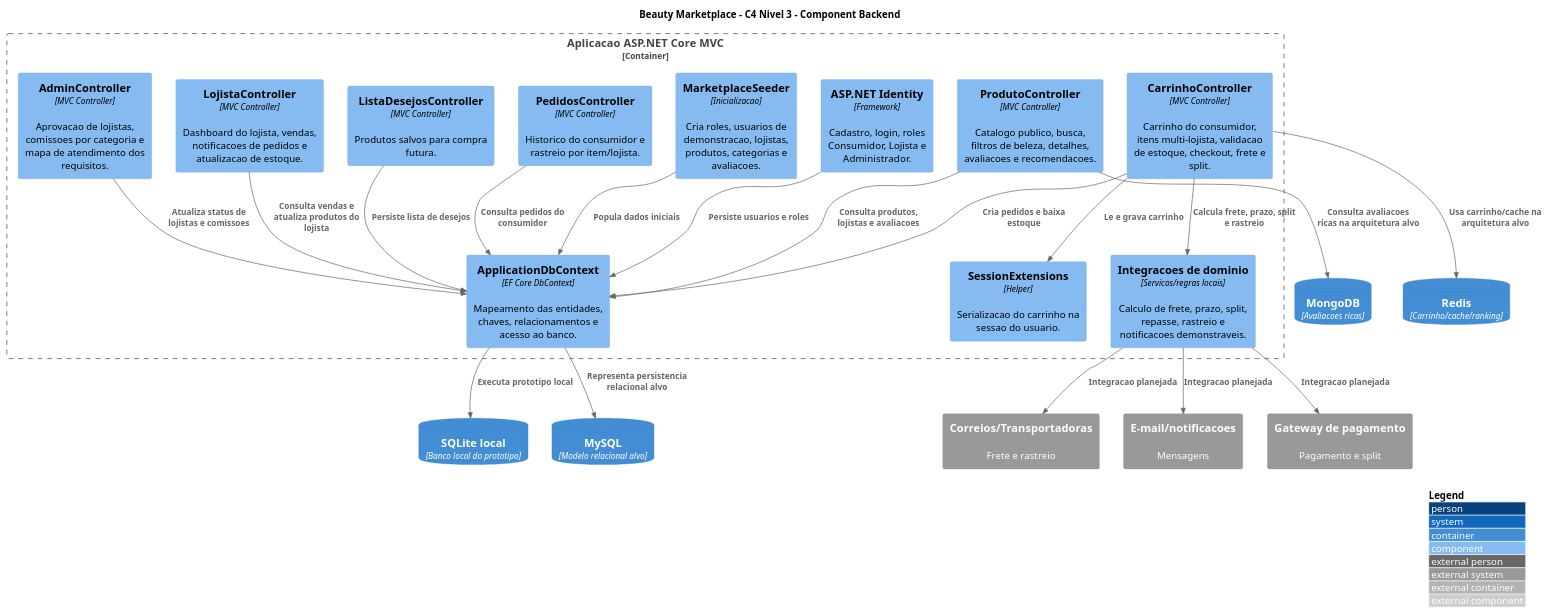
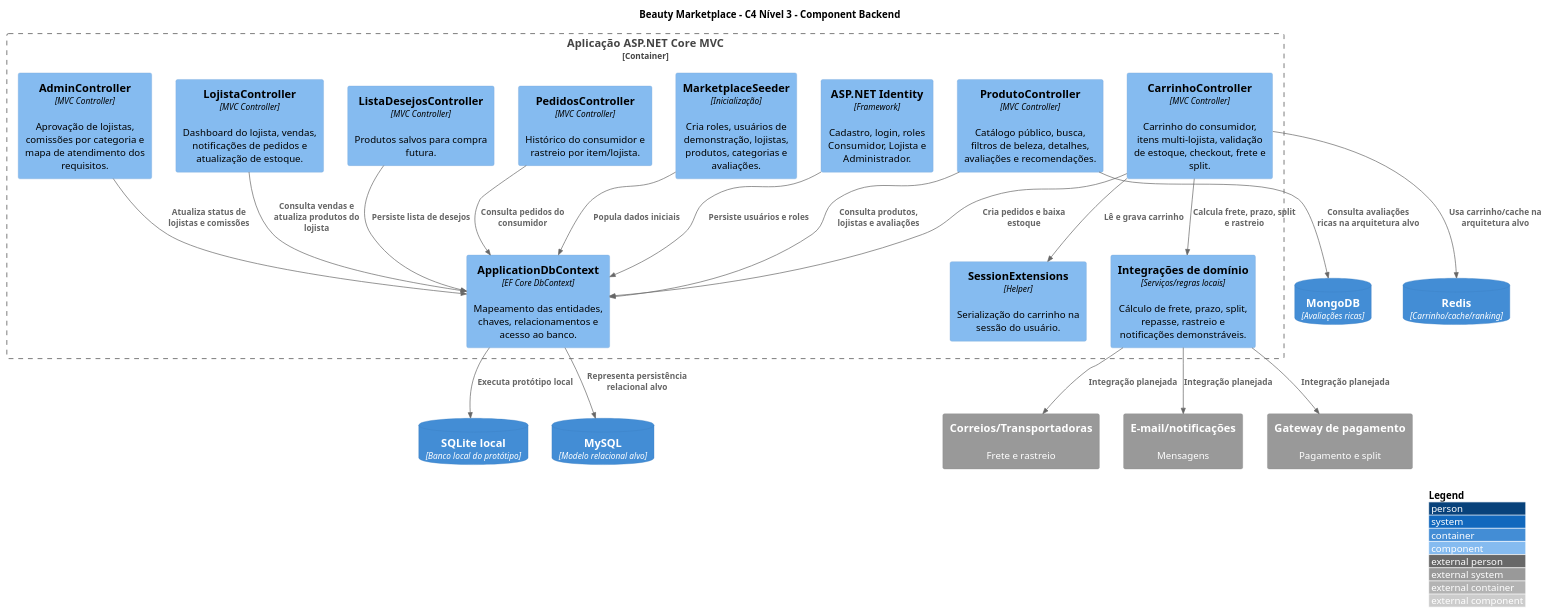
Before and after one commit to EduardoSilvaNegreiros/TrabalhoFaculdade5Semestre2026: the diagram in docs/Entrega 3/diagramas/c3-component-backend.puml, drawn with PlantUML. The commit also changed other lines of this file and 32 other files, not shown here.

```diff
--- a/docs/Entrega 3/diagramas/c3-component-backend.puml
+++ b/docs/Entrega 3/diagramas/c3-component-backend.puml
@@ -1,48 +1,48 @@
 @startuml C3_Component_Backend_Beauty_Marketplace
 !include https://raw.githubusercontent.com/plantuml-stdlib/C4-PlantUML/master/C4_Component.puml
 
 LAYOUT_WITH_LEGEND()
-title Beauty Marketplace - C4 Nivel 3 - Component Backend
+title Beauty Marketplace - C4 Nível 3 - Component Backend
 
-Container_Boundary(app, "Aplicacao ASP.NET Core MVC") {
-    Component(produtoController, "ProdutoController", "MVC Controller", "Catalogo publico, busca, filtros de beleza, detalhes, avaliacoes e recomendacoes.")
-    Component(carrinhoController, "CarrinhoController", "MVC Controller", "Carrinho do consumidor, itens multi-lojista, validacao de estoque, checkout, frete e split.")
-    Component(pedidosController, "PedidosController", "MVC Controller", "Historico do consumidor e rastreio por item/lojista.")
+Container_Boundary(app, "Aplicação ASP.NET Core MVC") {
+    Component(produtoController, "ProdutoController", "MVC Controller", "Catálogo público, busca, filtros de beleza, detalhes, avaliações e recomendações.")
+    Component(carrinhoController, "CarrinhoController", "MVC Controller", "Carrinho do consumidor, itens multi-lojista, validação de estoque, checkout, frete e split.")
+    Component(pedidosController, "PedidosController", "MVC Controller", "Histórico do consumidor e rastreio por item/lojista.")
     Component(listaController, "ListaDesejosController", "MVC Controller", "Produtos salvos para compra futura.")
-    Component(lojistaController, "LojistaController", "MVC Controller", "Dashboard do lojista, vendas, notificacoes de pedidos e atualizacao de estoque.")
-    Component(adminController, "AdminController", "MVC Controller", "Aprovacao de lojistas, comissoes por categoria e mapa de atendimento dos requisitos.")
+    Component(lojistaController, "LojistaController", "MVC Controller", "Dashboard do lojista, vendas, notificações de pedidos e atualização de estoque.")
+    Component(adminController, "AdminController", "MVC Controller", "Aprovação de lojistas, comissões por categoria e mapa de atendimento dos requisitos.")
     Component(identity, "ASP.NET Identity", "Framework", "Cadastro, login, roles Consumidor, Lojista e Administrador.")
     Component(dbcontext, "ApplicationDbContext", "EF Core DbContext", "Mapeamento das entidades, chaves, relacionamentos e acesso ao banco.")
-    Component(session, "SessionExtensions", "Helper", "Serializacao do carrinho na sessao do usuario.")
-    Component(seed, "MarketplaceSeeder", "Inicializacao", "Cria roles, usuarios de demonstracao, lojistas, produtos, categorias e avaliacoes.")
-    Component(integracoes, "Integracoes de dominio", "Servicos/regras locais", "Calculo de frete, prazo, split, repasse, rastreio e notificacoes demonstraveis.")
+    Component(session, "SessionExtensions", "Helper", "Serialização do carrinho na sessão do usuário.")
+    Component(seed, "MarketplaceSeeder", "Inicialização", "Cria roles, usuários de demonstração, lojistas, produtos, categorias e avaliações.")
+    Component(integracoes, "Integrações de domínio", "Serviços/regras locais", "Cálculo de frete, prazo, split, repasse, rastreio e notificações demonstráveis.")
 }
 
-ContainerDb(sqlite, "SQLite local", "Banco local do prototipo")
+ContainerDb(sqlite, "SQLite local", "Banco local do protótipo")
 ContainerDb(mysql, "MySQL", "Modelo relacional alvo")
-ContainerDb(mongo, "MongoDB", "Avaliacoes ricas")
+ContainerDb(mongo, "MongoDB", "Avaliações ricas")
 ContainerDb(redis, "Redis", "Carrinho/cache/ranking")
 System_Ext(pgto, "Gateway de pagamento", "Pagamento e split")
 System_Ext(frete, "Correios/Transportadoras", "Frete e rastreio")
-System_Ext(notif, "E-mail/notificacoes", "Mensagens")
+System_Ext(notif, "E-mail/notificações", "Mensagens")
 
-Rel(produtoController, dbcontext, "Consulta produtos, lojistas e avaliacoes")
-Rel(carrinhoController, session, "Le e grava carrinho")
+Rel(produtoController, dbcontext, "Consulta produtos, lojistas e avaliações")
+Rel(carrinhoController, session, "Lê e grava carrinho")
 Rel(carrinhoController, dbcontext, "Cria pedidos e baixa estoque")
 Rel(carrinhoController, integracoes, "Calcula frete, prazo, split e rastreio")
 Rel(pedidosController, dbcontext, "Consulta pedidos do consumidor")
 Rel(listaController, dbcontext, "Persiste lista de desejos")
 Rel(lojistaController, dbcontext, "Consulta vendas e atualiza produtos do lojista")
-Rel(adminController, dbcontext, "Atualiza status de lojistas e comissoes")
-Rel(identity, dbcontext, "Persiste usuarios e roles")
+Rel(adminController, dbcontext, "Atualiza status de lojistas e comissões")
+Rel(identity, dbcontext, "Persiste usuários e roles")
 Rel(seed, dbcontext, "Popula dados iniciais")
 
-Rel(dbcontext, sqlite, "Executa prototipo local")
-Rel(dbcontext, mysql, "Representa persistencia relacional alvo")
-Rel(integracoes, pgto, "Integracao planejada")
-Rel(integracoes, frete, "Integracao planejada")
-Rel(integracoes, notif, "Integracao planejada")
-Rel(produtoController, mongo, "Consulta avaliacoes ricas na arquitetura alvo")
+Rel(dbcontext, sqlite, "Executa protótipo local")
+Rel(dbcontext, mysql, "Representa persistência relacional alvo")
+Rel(integracoes, pgto, "Integração planejada")
+Rel(integracoes, frete, "Integração planejada")
+Rel(integracoes, notif, "Integração planejada")
+Rel(produtoController, mongo, "Consulta avaliações ricas na arquitetura alvo")
 Rel(carrinhoController, redis, "Usa carrinho/cache na arquitetura alvo")
 
 @enduml
```
